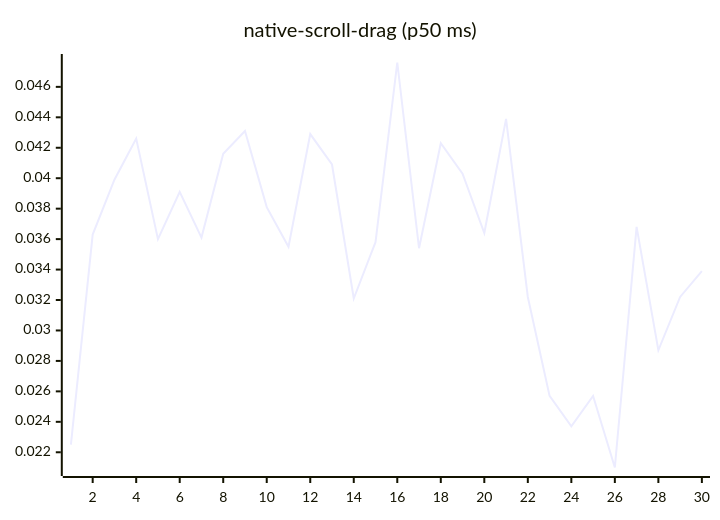
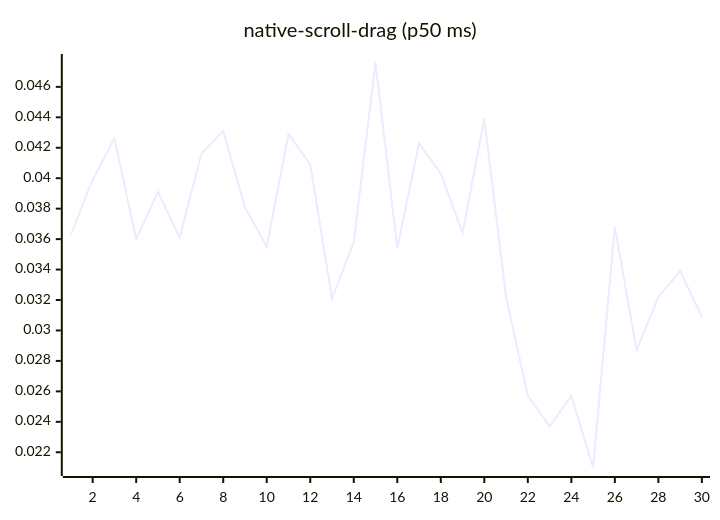
Before and after one commit to josha/Facet: diagram 14 of 27 in README.md, drawn with Mermaid. The commit also changed other lines of this file and 2 other files, not shown here.

````diff
--- a/README.md
+++ b/README.md
@@ -154,6 +154,6 @@
 ```mermaid
 xychart-beta
     title "native-scroll-drag (p50 ms)"
     x-axis 1 --> 30
-    line [0.0225, 0.0363, 0.0399, 0.0426, 0.0360, 0.0391, 0.0361, 0.0416, 0.0431, 0.0381, 0.0355, 0.0429, 0.0409, 0.0321, 0.0358, 0.0476, 0.0354, 0.0423, 0.0403, 0.0364, 0.0439, 0.0322, 0.0257, 0.0237, 0.0257, 0.0210, 0.0368, 0.0287, 0.0322, 0.0339]
+    line [0.0363, 0.0399, 0.0426, 0.0360, 0.0391, 0.0361, 0.0416, 0.0431, 0.0381, 0.0355, 0.0429, 0.0409, 0.0321, 0.0358, 0.0476, 0.0354, 0.0423, 0.0403, 0.0364, 0.0439, 0.0322, 0.0257, 0.0237, 0.0257, 0.0210, 0.0368, 0.0287, 0.0322, 0.0339, 0.0309]
 ```
````
